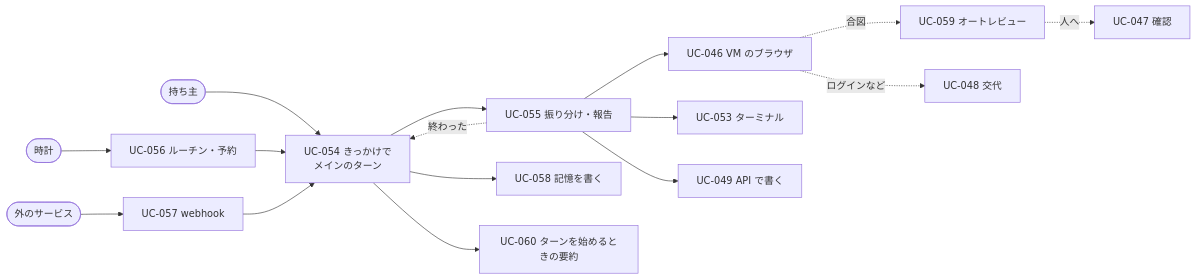
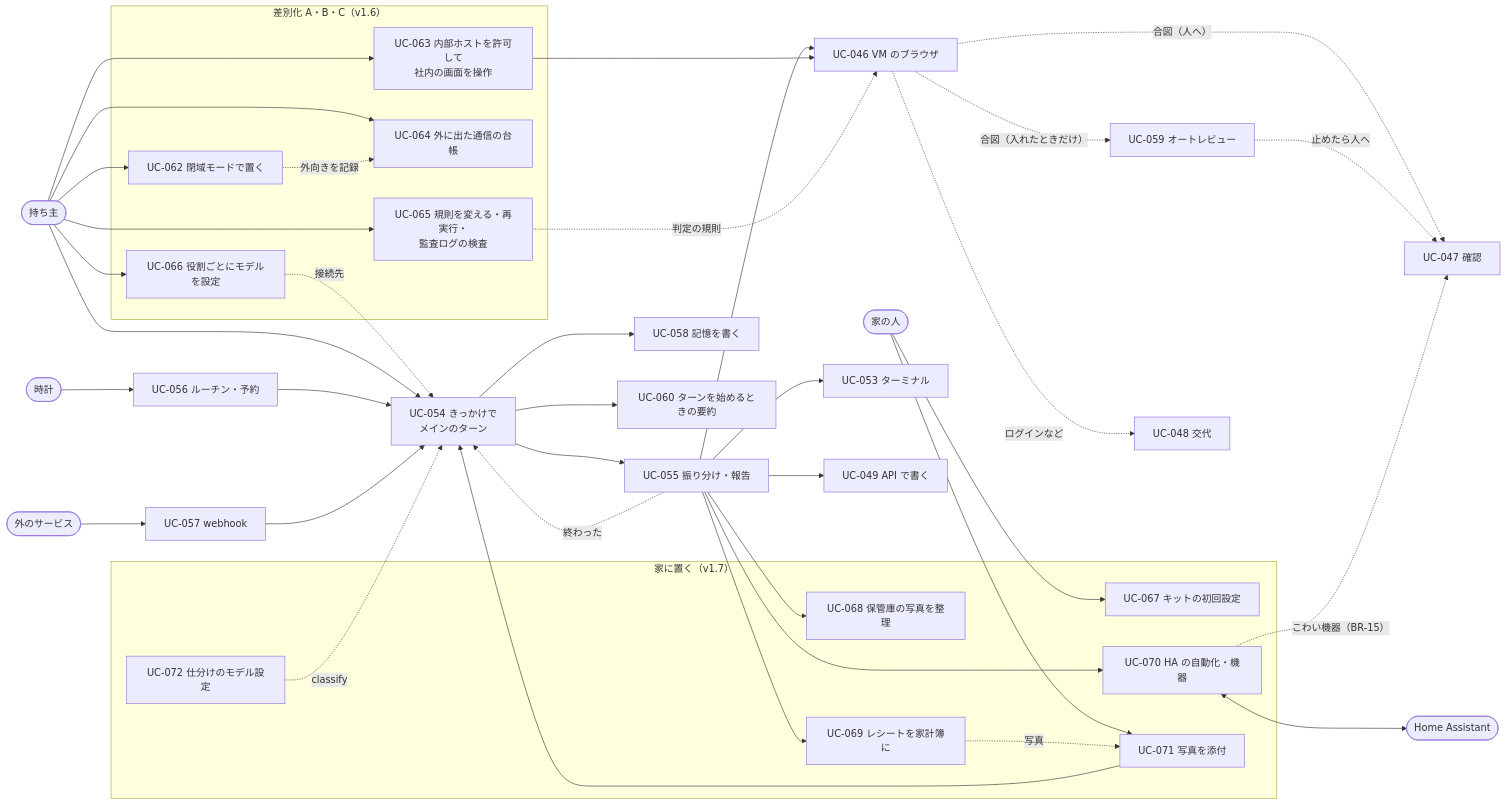
One commit to itiwoja/agent-team changed the diagram in docs/design/03_use_cases.md. Above: the diagram before and after it, drawn with Mermaid. The commit also changed other lines of this file and 39 other files, not shown here.

````diff
--- a/docs/design/03_use_cases.md
+++ b/docs/design/03_use_cases.md
@@ -13,21 +13,58 @@
 ```mermaid
 flowchart LR
  O(["持ち主"])
  CLK(["時計"])
  X(["外のサービス"])
  O --> U54["UC-054 きっかけで<br/>メインのターン"]
  CLK --> U56["UC-056 ルーチン・予約"]
  X --> U57["UC-057 webhook"]
  U56 --> U54
  U57 --> U54
  U54 --> U55["UC-055 振り分け・報告"]
  U55 --> U46["UC-046 VM のブラウザ"]
  U55 --> U53["UC-053 ターミナル"]
  U55 --> U49["UC-049 API で書く"]
- U46 -.->|"合図"| U59["UC-059 オートレビュー"]
- U59 -.->|"人へ"| U47["UC-047 確認"]
+ U46 -.->|"合図（人へ）"| U47["UC-047 確認"]
+ U46 -.->|"合図（入れたときだけ）"| U59["UC-059 オートレビュー"]
+ U59 -.->|"止めたら人へ"| U47
  U46 -.->|"ログインなど"| U48["UC-048 交代"]
  U55 -.->|"終わった"| U54
  U54 --> U58["UC-058 記憶を書く"]
  U54 --> U60["UC-060 ターンを始めるときの要約"]
+ subgraph DIFF["差別化 A・B・C（v1.6）"]
+  U62["UC-062 閉域モードで置く"]
+  U63["UC-063 内部ホストを許可して<br/>社内の画面を操作"]
+  U64["UC-064 外に出た通信の台帳"]
+  U65["UC-065 規則を変える・再実行・<br/>監査ログの検査"]
+  U66["UC-066 役割ごとにモデルを設定"]
+ end
+ O --> U62
+ O --> U64
+ O --> U65
+ O --> U66
+ O --> U63
+ U63 --> U46
+ U62 -.->|"外向きを記録"| U64
+ U66 -.->|"接続先"| U54
+ U65 -.->|"判定の規則"| U46
+ subgraph HOMEG["家に置く（v1.7）"]
+  U67["UC-067 キットの初回設定"]
+  U68["UC-068 保管庫の写真を整理"]
+  U69["UC-069 レシートを家計簿に"]
+  U70["UC-070 HA の自動化・機器"]
+  U71["UC-071 写真を添付"]
+  U72["UC-072 仕分けのモデル設定"]
+ end
+ H(["家の人"])
+ HA(["Home Assistant"])
+ H --> U67
+ H --> U71
+ U71 --> U54
+ U55 --> U68
+ U55 --> U69
+ U55 --> U70
+ U70 <--> HA
+ U69 -.->|"写真"| U71
+ U72 -.->|"classify"| U54
+ U70 -.->|"こわい機器（BR-15）"| U47
 ```
````
